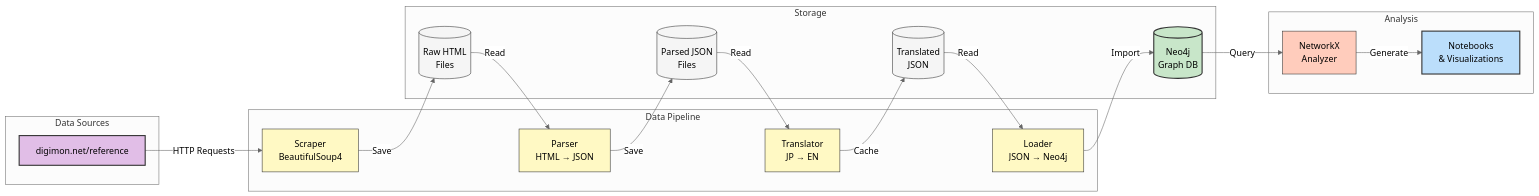
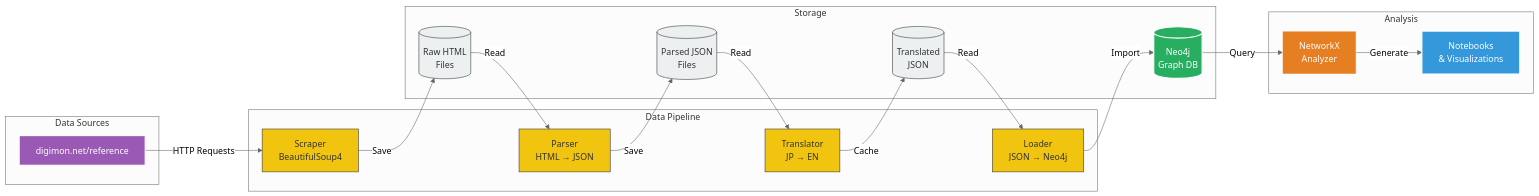
One commit to Ricoledan/digimon-knowledge-graph changed the first of 4 diagrams in CLAUDE.md. Above: the diagram before and after it, drawn with Mermaid (neutral theme). The commit also changed other lines of this file, not shown here.

Commit message:
add diagrams

````diff
--- a/CLAUDE.md
+++ b/CLAUDE.md
@@ -114,48 +114,48 @@
 ```mermaid
 flowchart LR
     subgraph "Data Sources"
         A[digimon.net/reference]
     end
     
     subgraph "Data Pipeline"
         B[Scraper<br/>BeautifulSoup4]
         C[Parser<br/>HTML → JSON]
         D[Translator<br/>JP → EN]
         E[Loader<br/>JSON → Neo4j]
     end
     
     subgraph "Storage"
         F[(Raw HTML<br/>Files)]
         G[(Parsed JSON<br/>Files)]
         H[(Translated<br/>JSON)]
         I[(Neo4j<br/>Graph DB)]
     end
     
     subgraph "Analysis"
         J[NetworkX<br/>Analyzer]
         K[Notebooks<br/>& Visualizations]
     end
     
     A -->|HTTP Requests| B
     B -->|Save| F
     F -->|Read| C
     C -->|Save| G
     G -->|Read| D
     D -->|Cache| H
     H -->|Read| E
     E -->|Import| I
     I -->|Query| J
     J -->|Generate| K
     
-    style A fill:#e1bee7,stroke:#333,stroke-width:2px
-    style I fill:#c8e6c9,stroke:#333,stroke-width:2px
-    style K fill:#bbdefb,stroke:#333,stroke-width:2px
-    style B fill:#fff9c4,stroke:#333,stroke-width:1px
-    style C fill:#fff9c4,stroke:#333,stroke-width:1px
-    style D fill:#fff9c4,stroke:#333,stroke-width:1px
-    style E fill:#fff9c4,stroke:#333,stroke-width:1px
-    style F fill:#f5f5f5,stroke:#333,stroke-width:1px
-    style G fill:#f5f5f5,stroke:#333,stroke-width:1px
-    style H fill:#f5f5f5,stroke:#333,stroke-width:1px
-    style J fill:#ffccbc,stroke:#333,stroke-width:1px
+    style A fill:#9b59b6,stroke:#fff,stroke-width:2px,color:#fff
+    style I fill:#27ae60,stroke:#fff,stroke-width:2px,color:#fff
+    style K fill:#3498db,stroke:#fff,stroke-width:2px,color:#fff
+    style B fill:#f1c40f,stroke:#333,stroke-width:1px,color:#333
+    style C fill:#f1c40f,stroke:#333,stroke-width:1px,color:#333
+    style D fill:#f1c40f,stroke:#333,stroke-width:1px,color:#333
+    style E fill:#f1c40f,stroke:#333,stroke-width:1px,color:#333
+    style F fill:#ecf0f1,stroke:#333,stroke-width:1px,color:#333
+    style G fill:#ecf0f1,stroke:#333,stroke-width:1px,color:#333
+    style H fill:#ecf0f1,stroke:#333,stroke-width:1px,color:#333
+    style J fill:#e67e22,stroke:#fff,stroke-width:1px,color:#fff
 ```
````
